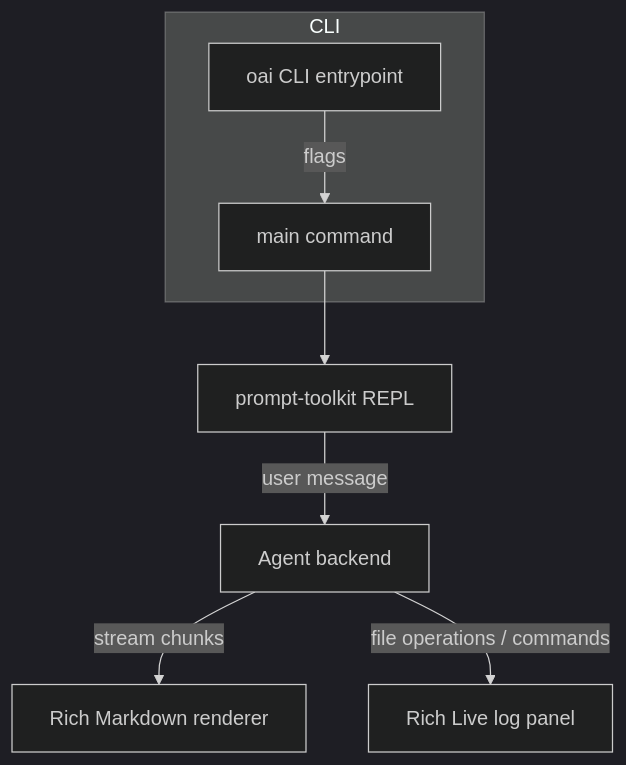
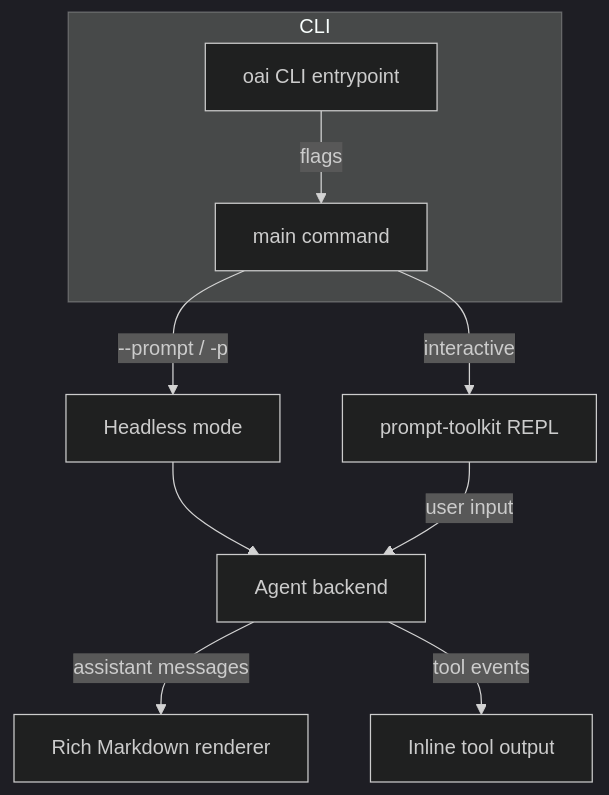
The diagram in docs/cli.md (mattmorgis/oai-coding-agent), drawn with Mermaid (dark theme) before and after one commit.

Commit message:
docs(cli): update CLI diagram to reflect headless mode and inline tool output

````diff
--- a/docs/cli.md
+++ b/docs/cli.md
@@ -1,10 +1,12 @@
 ```mermaid
 flowchart TD
   subgraph CLI
     A[oai CLI entrypoint] -->|flags| B[main command]
   end
-  B --> C[prompt-toolkit REPL]
-  C -->|user message| D[Agent backend]
-  D -->|stream chunks| E[Rich Markdown renderer]
-  D -->|file operations / commands| F[Rich Live log panel]
+  B -->|--prompt / -p| H[Headless mode]
+  B -->|interactive| C[prompt-toolkit REPL]
+  H --> D[Agent backend]
+  C -->|user input| D
+  D -->|assistant messages| E[Rich Markdown renderer]
+  D -->|tool events| F[Inline tool output]
 ```
````
